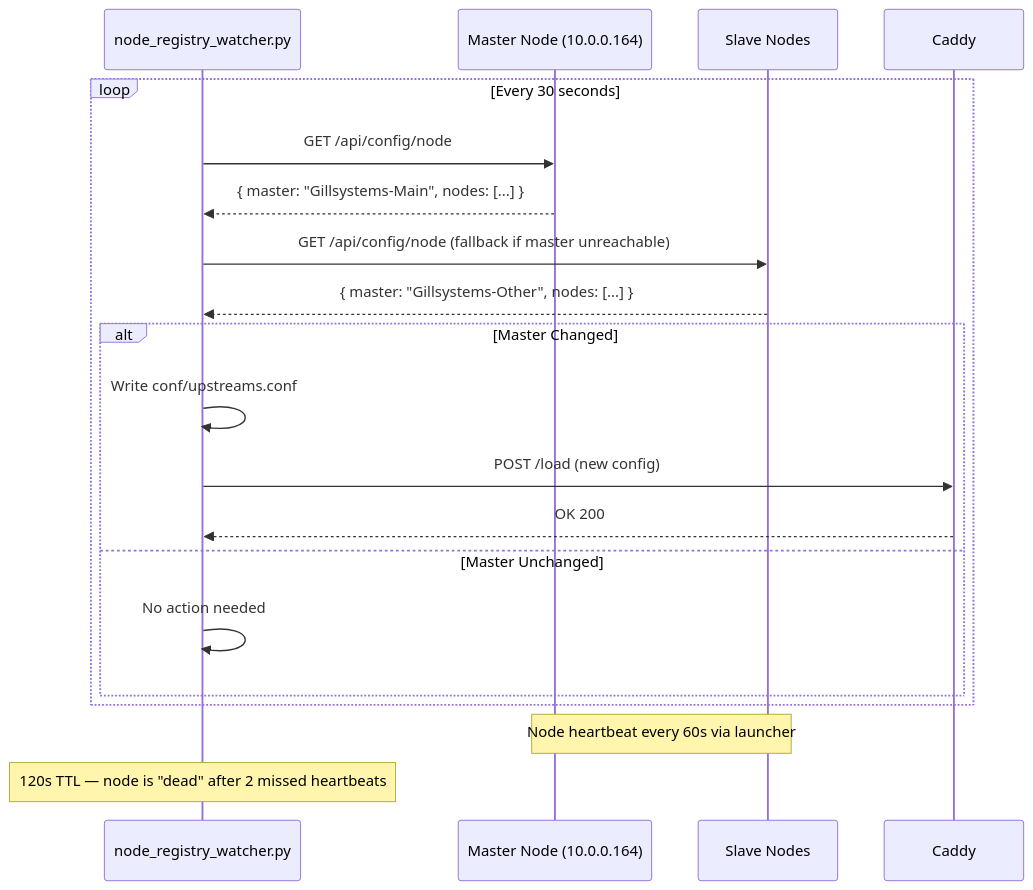
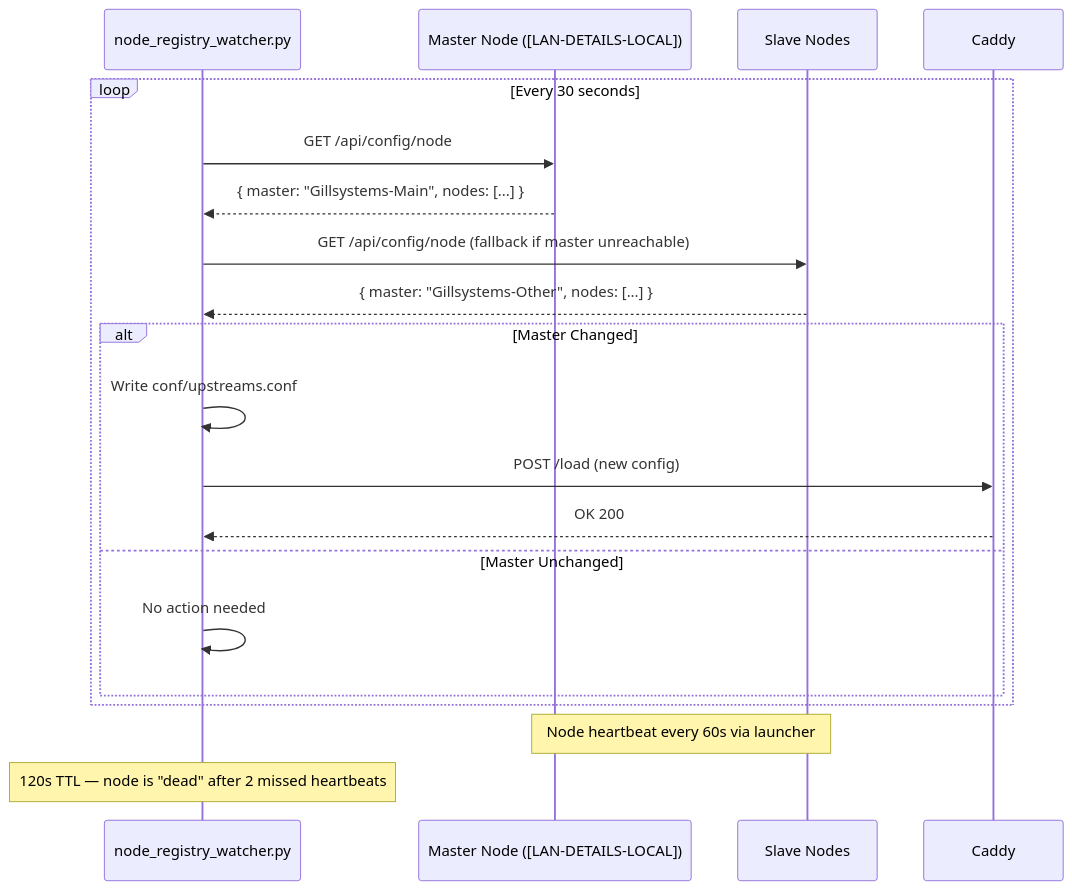
The second of 2 diagrams in plans/caddy-wss-node-registry-plan.md (OCNGill/gillsystems.net), drawn with Mermaid before and after one commit. The commit also changed other lines of this file and 16 other files, not shown here.

````diff
--- a/plans/caddy-wss-node-registry-plan.md
+++ b/plans/caddy-wss-node-registry-plan.md
@@ -255,25 +255,25 @@
 ```mermaid
 sequenceDiagram
     participant W as node_registry_watcher.py
-    participant M as Master Node (10.0.0.164)
+    participant M as Master Node ([LAN-DETAILS-LOCAL])
     participant S as Slave Nodes
     participant C as Caddy
 
     loop Every 30 seconds
         W->>M: GET /api/config/node
         M-->>W: { master: "Gillsystems-Main", nodes: [...] }
         W->>S: GET /api/config/node (fallback if master unreachable)
         S-->>W: { master: "Gillsystems-Other", nodes: [...] }
         
         alt Master Changed
             W->>W: Write conf/upstreams.conf
             W->>C: POST /load (new config)
             C-->>W: OK 200
         else Master Unchanged
             W->>W: No action needed
         end
     end
 
     Note over M,S: Node heartbeat every 60s via launcher
     Note over W: 120s TTL — node is "dead" after 2 missed heartbeats
 ```
````
